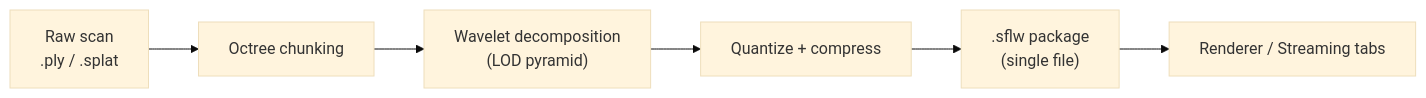
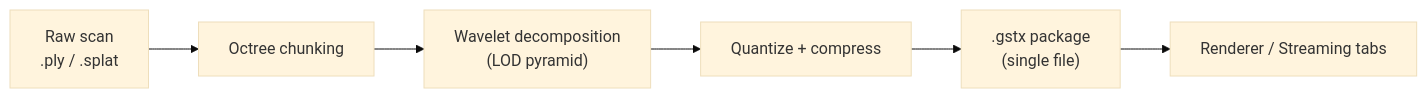
The first of 3 diagrams in docs/USER_GUIDE.md (dewilkinson/splatpak), drawn with Mermaid (base theme) before and after one commit. The commit also changed other lines of this file, not shown here.

Commit message:
User guide: packages are .gstx and the bake tab is GSTx Bake; .sflw packages still open

````diff
--- a/docs/USER_GUIDE.md
+++ b/docs/USER_GUIDE.md
@@ -27,8 +27,8 @@
 ```mermaid
 flowchart LR
     A["Raw scan<br/>.ply / .splat"] --> B["Octree chunking"]
     B --> C["Wavelet decomposition<br/>(LOD pyramid)"]
     C --> D["Quantize + compress"]
-    D --> E[".sflw package<br/>(single file)"]
+    D --> E[".gstx package<br/>(single file)"]
     E --> F["Renderer / Streaming tabs"]
 ```
````
